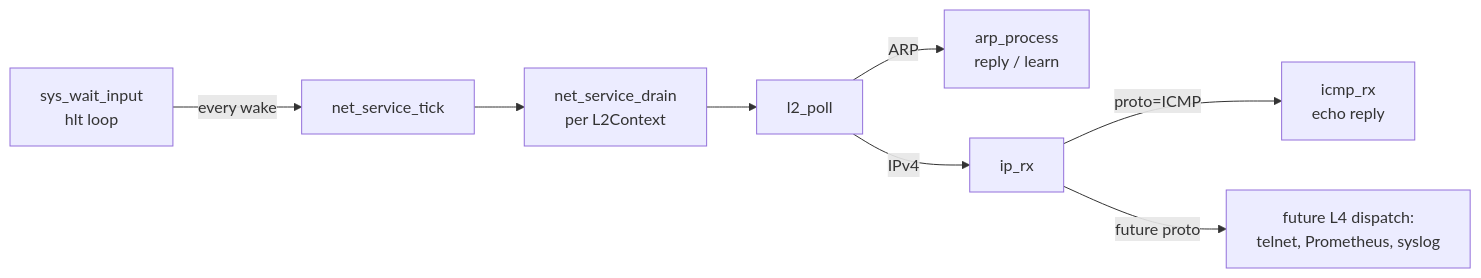
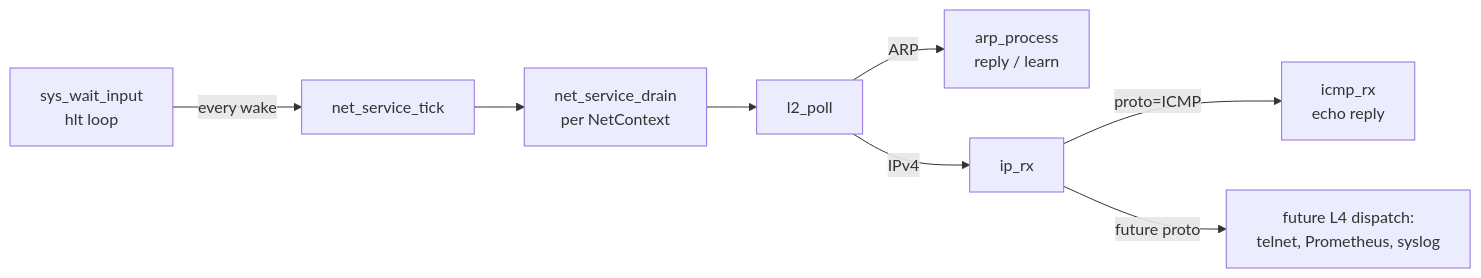
The first of 2 diagrams in src/services/README.md (pierreact/osdev), drawn with Mermaid before and after one commit. The commit also changed other lines of this file and 20 other files, not shown here.

First line of the commit message:
Rename L2Context to NetContext

````diff
--- a/src/services/README.md
+++ b/src/services/README.md
@@ -27,10 +27,10 @@
 ```mermaid
 flowchart LR
     A[sys_wait_input<br/>hlt loop] -->|every wake| B[net_service_tick]
-    B --> C[net_service_drain<br/>per L2Context]
+    B --> C[net_service_drain<br/>per NetContext]
     C --> D[l2_poll]
     D -->|ARP| E[arp_process<br/>reply / learn]
     D -->|IPv4| F[ip_rx]
     F -->|proto=ICMP| G[icmp_rx<br/>echo reply]
     F -->|future proto| H[future L4 dispatch:<br/>telnet, Prometheus, syslog]
 ```
````
